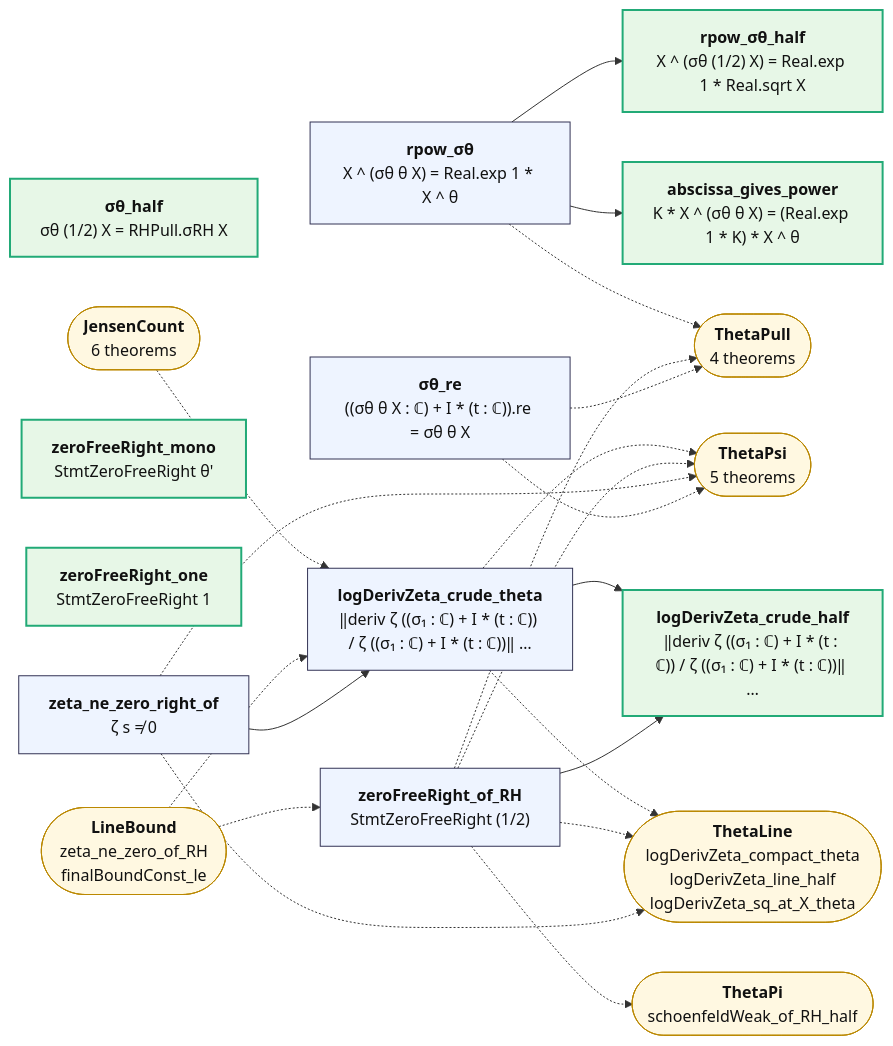
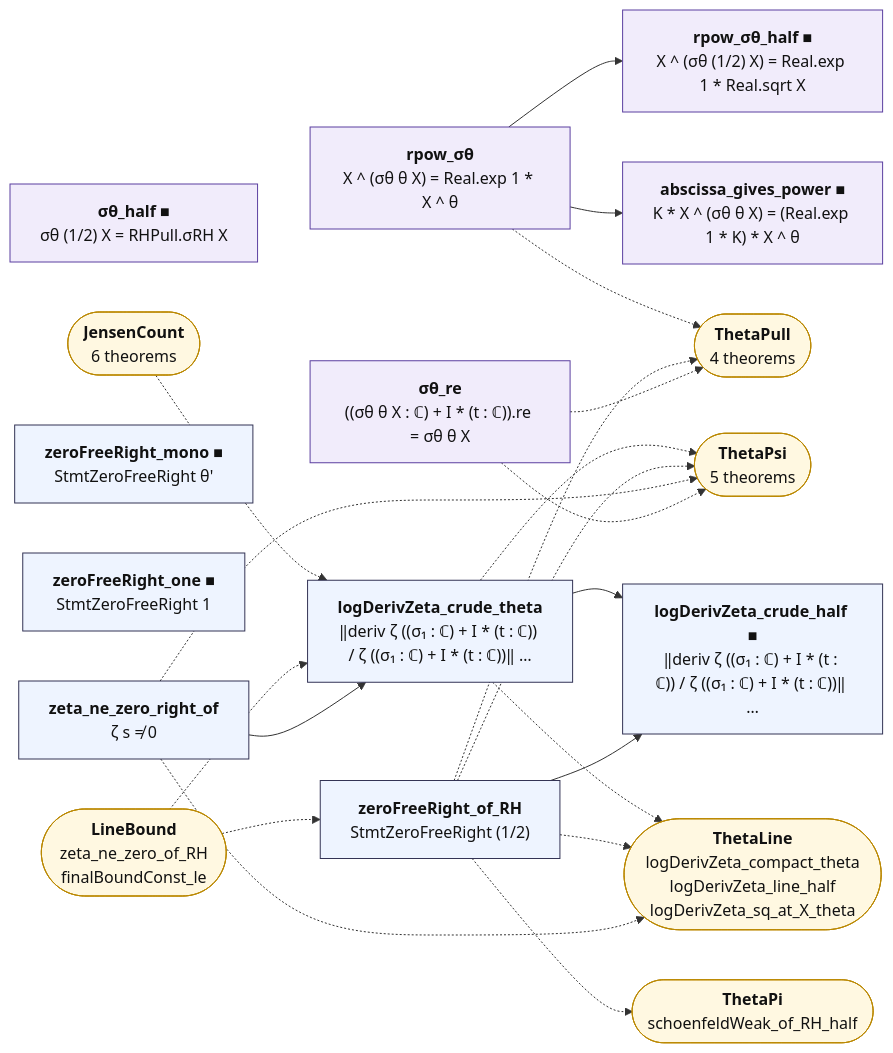
One commit to juliansambranojr/Primebeat_081426 changed the diagram in map/lean_stage3/Abscissa.md. Above: the diagram before and after it, drawn with Mermaid. The commit also changed other lines of this file and 398 other files, not shown here.

First line of the commit message:
map: the table first. Three layers from Lean's record of each proof and everything beneath it: counting (integers only), shape (analysis, no zeta), reads zeta; map/TABLE.md lists every counting theorem; the Riemann hypothesis is drawn as one reading at the edge

````diff
--- a/map/lean_stage3/Abscissa.md
+++ b/map/lean_stage3/Abscissa.md
@@ -12,44 +12,47 @@
 ```mermaid
 flowchart LR
-  n0["<b>σθ_half</b><br/>σθ (1/2) X = RHPull.σRH X"]:::end_
-  n1["<b>σθ_re</b><br/>((σθ θ X : ℂ) + I * (t : ℂ)).re = σθ θ X"]:::thm
+  n0["<b>σθ_half ■</b><br/>σθ (1/2) X = RHPull.σRH X"]:::shp
+  n1["<b>σθ_re</b><br/>((σθ θ X : ℂ) + I * (t : ℂ)).re = σθ θ X"]:::shp
   n2["<b>zeta_ne_zero_right_of</b><br/>ζ s ≠ 0"]:::thm
   n3["<b>zeroFreeRight_of_RH</b><br/>StmtZeroFreeRight (1/2)"]:::thm
-  n4["<b>zeroFreeRight_mono</b><br/>StmtZeroFreeRight θ'"]:::end_
-  n5["<b>rpow_σθ</b><br/>X ^ (σθ θ X) = Real.exp 1 * X ^ θ"]:::thm
-  n6["<b>rpow_σθ_half</b><br/>X ^ (σθ (1/2) X) = Real.exp 1 * Real.sqrt X"]:::end_
-  n7["<b>abscissa_gives_power</b><br/>K * X ^ (σθ θ X) = (Real.exp 1 * K) * X ^ θ"]:::end_
-  n8["<b>zeroFreeRight_one</b><br/>StmtZeroFreeRight 1"]:::end_
+  n4["<b>zeroFreeRight_mono ■</b><br/>StmtZeroFreeRight θ'"]:::thm
+  n5["<b>rpow_σθ</b><br/>X ^ (σθ θ X) = Real.exp 1 * X ^ θ"]:::shp
+  n6["<b>rpow_σθ_half ■</b><br/>X ^ (σθ (1/2) X) = Real.exp 1 * Real.sqrt X"]:::shp
+  n7["<b>abscissa_gives_power ■</b><br/>K * X ^ (σθ θ X) = (Real.exp 1 * K) * X ^ θ"]:::shp
+  n8["<b>zeroFreeRight_one ■</b><br/>StmtZeroFreeRight 1"]:::thm
   n9["<b>logDerivZeta_crude_theta</b><br/>‖deriv ζ ((σ₁ : ℂ) + I * (t : ℂ)) / ζ ((σ₁ : ℂ) + I * (t : ℂ))‖ …"]:::thm
-  n10["<b>logDerivZeta_crude_half</b><br/>‖deriv ζ ((σ₁ : ℂ) + I * (t : ℂ)) / ζ ((σ₁ : ℂ) + I * (t : ℂ))‖ …"]:::end_
+  n10["<b>logDerivZeta_crude_half ■</b><br/>‖deriv ζ ((σ₁ : ℂ) + I * (t : ℂ)) / ζ ((σ₁ : ℂ) + I * (t : ℂ))‖ …"]:::thm
   x0(["<b>ThetaPsi</b><br/>5 theorems"]):::ext
   x1(["<b>ThetaPull</b><br/>4 theorems"]):::ext
   x2(["<b>ThetaLine</b><br/>logDerivZeta_compact_theta<br/>logDerivZeta_line_half<br/>logDerivZeta_sq_at_X_theta"]):::ext
   x3(["<b>LineBound</b><br/>zeta_ne_zero_of_RH<br/>finalBoundConst_le"]):::ext
   x4(["<b>ThetaPi</b><br/>schoenfeldWeak_of_RH_half"]):::ext
   x5(["<b>JensenCount</b><br/>6 theorems"]):::ext
   n2 --> n9
   n3 --> n10
   n5 --> n6
   n5 --> n7
   n9 --> n10
   n1 -.-> x0
   n1 -.-> x1
   n2 -.-> x0
   n2 -.-> x2
   n3 -.-> x0
   n3 -.-> x1
   n3 -.-> x2
   n3 -.-> x4
   n5 -.-> x1
   n9 -.-> x0
   n9 -.-> x2
   x3 -.-> n3
   x3 -.-> n9
   x5 -.-> n9
+  classDef cnt fill:#dff5ec,stroke:#17694a,color:#111
+  classDef shp fill:#f1ecfb,stroke:#5b3fa0,color:#111
+  classDef rh fill:#ffe5e5,stroke:#c22,color:#111,stroke-width:2px
   classDef thm fill:#eef4ff,stroke:#335,color:#111
   classDef end_ fill:#e7f7e7,stroke:#2a7,color:#111,stroke-width:2px
   classDef lone fill:#fff,stroke:#999,color:#111,stroke-dasharray:4 3
   classDef bad fill:#ffe5e5,stroke:#c22,color:#111,stroke-width:2px
   classDef ext fill:#fff8e1,stroke:#b80,color:#111
 ```
````
